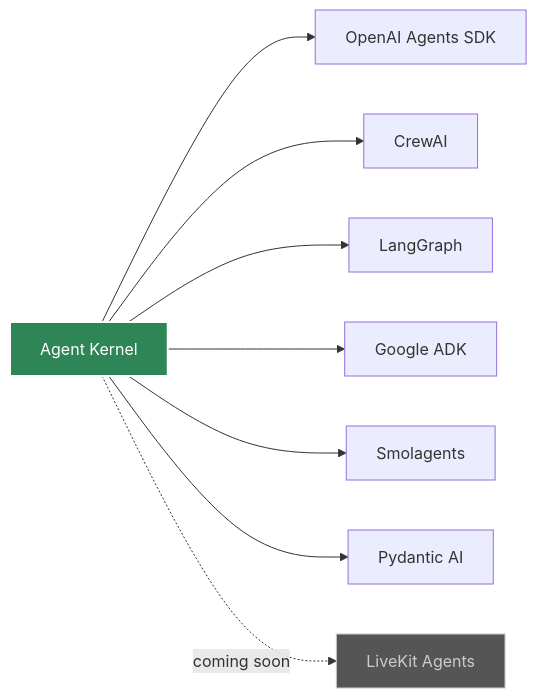
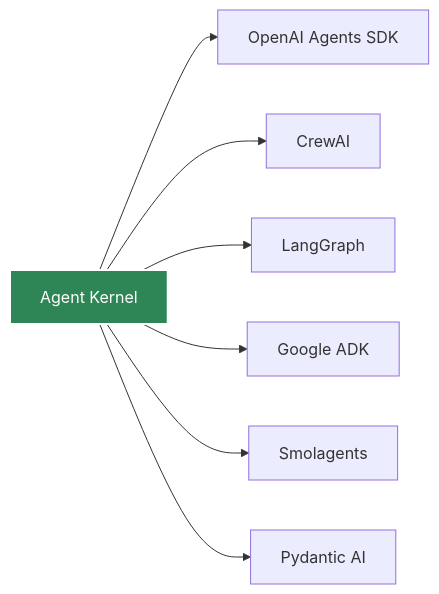
The diagram in docs/docs/frameworks/overview.md (yaalalabs/agent-kernel), drawn with Mermaid before and after one commit. The commit also changed other lines of this file and 14 other files, not shown here.

````diff
--- a/docs/docs/frameworks/overview.md
+++ b/docs/docs/frameworks/overview.md
@@ -11,13 +11,11 @@
 ```mermaid
 graph LR
     A[Agent Kernel] --> B[OpenAI Agents SDK]
     A --> C[CrewAI]
     A --> D[LangGraph]
     A --> E[Google ADK]
     A --> F[Smolagents]
     A --> G[Pydantic AI]
-    A -.->|coming soon| LK[LiveKit Agents]
     
     style A fill:#2e8555,stroke:#fff,stroke-width:2px,color:#fff
-    style LK fill:#555,stroke:#ccc,stroke-width:1px,color:#ccc
 ```
````
